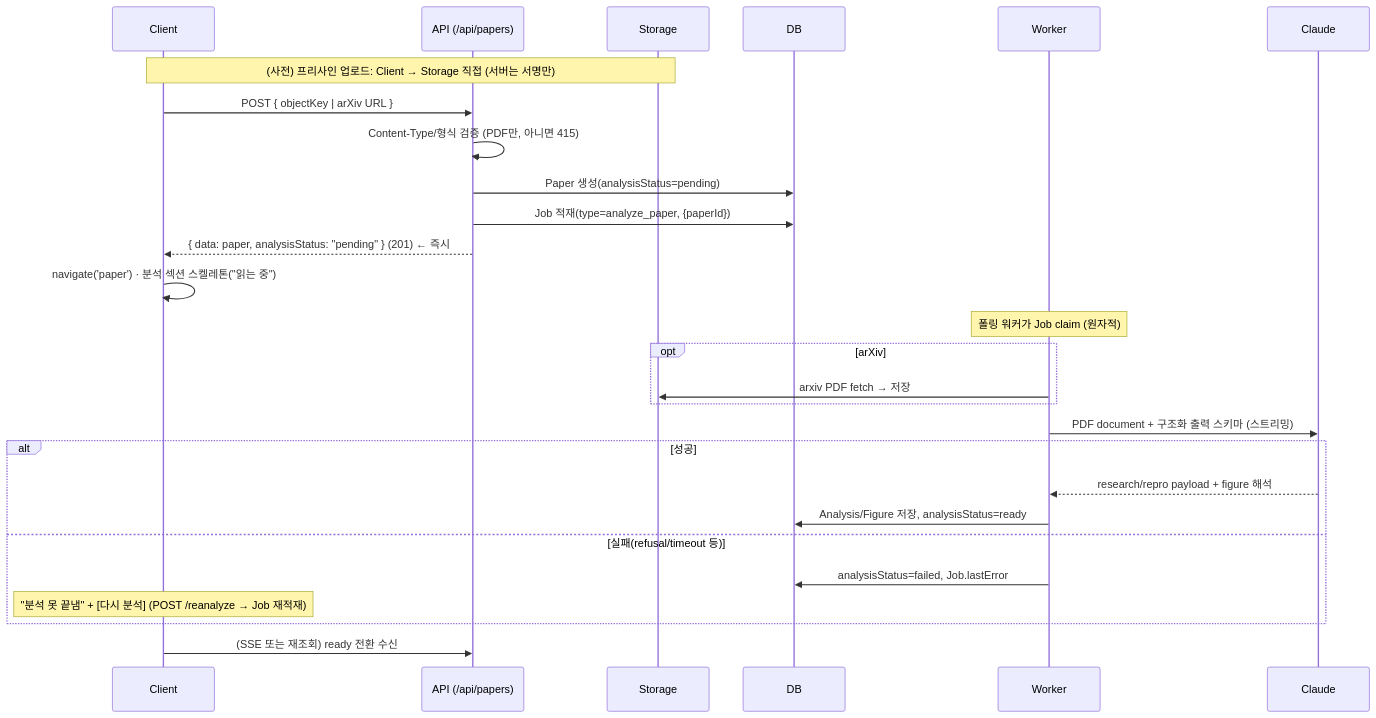
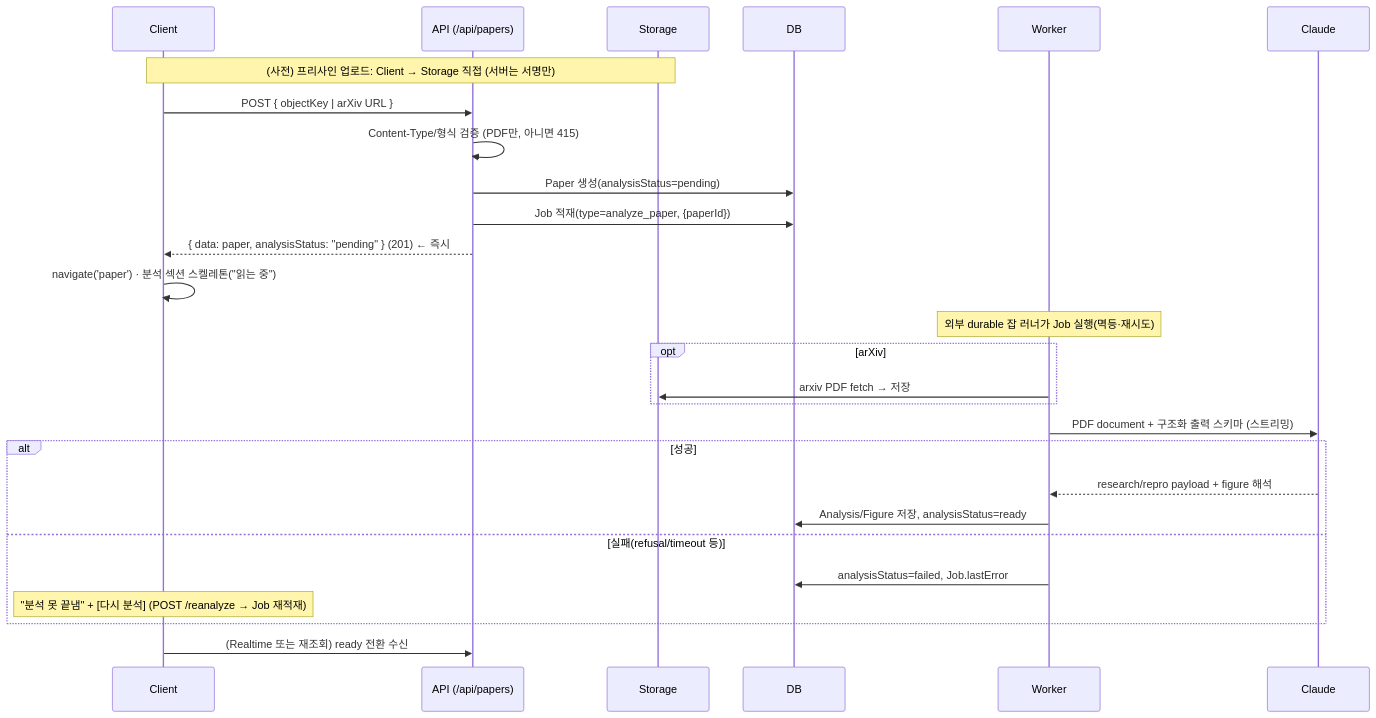
The first of 9 diagrams in docs/dev/SEQUENCE_DIAGRAM.md (csm-kr/haparkchopaeng-workspace), drawn with Mermaid before and after one commit. The commit also changed other lines of this file and 10 other files, not shown here.

First line of the commit message:
docs: ADR-016 reconcile — 중복 제거 + Vercel/Supabase/Realtime/durable-잡러너 전파

````diff
--- a/docs/dev/SEQUENCE_DIAGRAM.md
+++ b/docs/dev/SEQUENCE_DIAGRAM.md
@@ -13,29 +13,29 @@
 ```mermaid
 sequenceDiagram
   participant U as Client
   participant A as API (/api/papers)
   participant S as Storage
   participant D as DB
   participant W as Worker
   participant CL as Claude
   Note over U,S: (사전) 프리사인 업로드: Client → Storage 직접 (서버는 서명만)
   U->>A: POST { objectKey | arXiv URL }
   A->>A: Content-Type/형식 검증 (PDF만, 아니면 415)
   A->>D: Paper 생성(analysisStatus=pending)
   A->>D: Job 적재(type=analyze_paper, {paperId})
   A-->>U: { data: paper, analysisStatus: "pending" }  (201)  ← 즉시
   U->>U: navigate('paper') · 분석 섹션 스켈레톤("읽는 중")
-  Note over W: 폴링 워커가 Job claim (원자적)
+  Note over W: 외부 durable 잡 러너가 Job 실행(멱등·재시도)
   opt arXiv
     W->>S: arxiv PDF fetch → 저장
   end
   W->>CL: PDF document + 구조화 출력 스키마 (스트리밍)
   alt 성공
     CL-->>W: research/repro payload + figure 해석
     W->>D: Analysis/Figure 저장, analysisStatus=ready
   else 실패(refusal/timeout 등)
     W->>D: analysisStatus=failed, Job.lastError
     Note over U: "분석 못 끝냄" + [다시 분석] (POST /reanalyze → Job 재적재)
   end
-  U->>A: (SSE 또는 재조회) ready 전환 수신
+  U->>A: (Realtime 또는 재조회) ready 전환 수신
 ```
````
